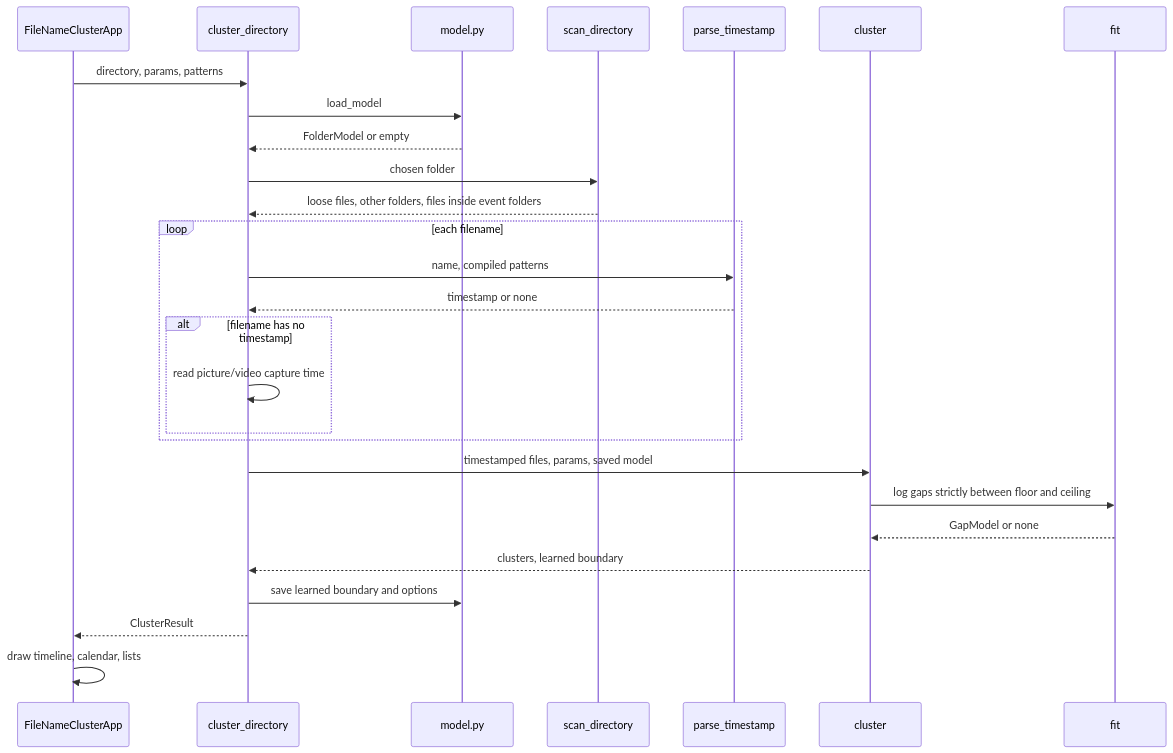
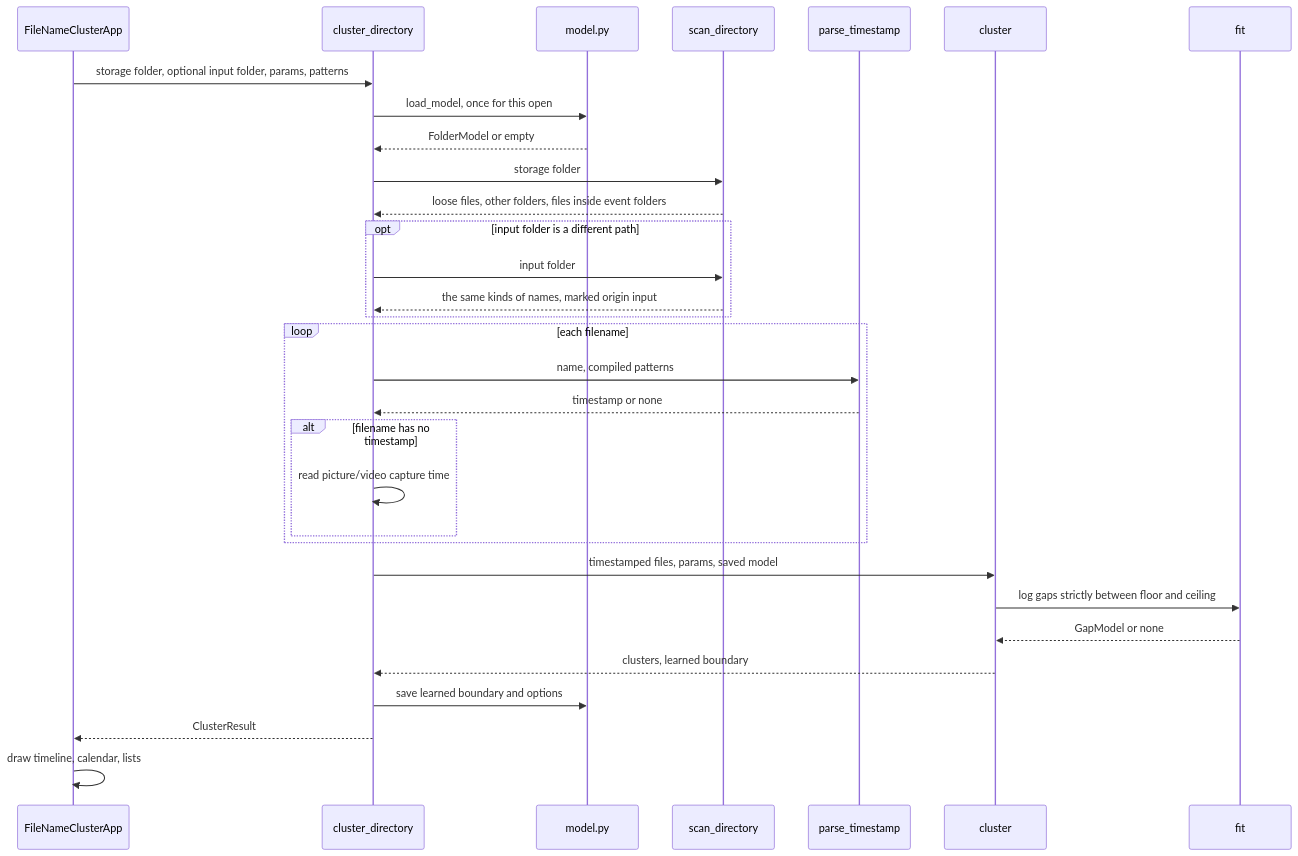
One commit to rvcgeeks/filenamecluster changed the fourth of 5 diagrams in docs/architecture.md. Above: the diagram before and after it, drawn with Mermaid. The commit also changed other lines of this file and 47 other files, not shown here.

````diff
--- a/docs/architecture.md
+++ b/docs/architecture.md
@@ -217,30 +225,34 @@
 ```mermaid
 sequenceDiagram
     participant App as FileNameClusterApp
     participant Pipe as cluster_directory
     participant Model as model.py
     participant Scan as scan_directory
     participant Parse as parse_timestamp
     participant Fit as cluster
     participant Learn as fit
 
-    App->>Pipe: directory, params, patterns
-    Pipe->>Model: load_model
+    App->>Pipe: storage folder, optional input folder, params, patterns
+    Pipe->>Model: load_model, once for this open
     Model-->>Pipe: FolderModel or empty
-    Pipe->>Scan: chosen folder
+    Pipe->>Scan: storage folder
     Scan-->>Pipe: loose files, other folders, files inside event folders
+    opt input folder is a different path
+        Pipe->>Scan: input folder
+        Scan-->>Pipe: the same kinds of names, marked origin input
+    end
     loop each filename
         Pipe->>Parse: name, compiled patterns
         Parse-->>Pipe: timestamp or none
         alt filename has no timestamp
             Pipe->>Pipe: read picture/video capture time
         end
     end
     Pipe->>Fit: timestamped files, params, saved model
     Fit->>Learn: log gaps strictly between floor and ceiling
     Learn-->>Fit: GapModel or none
     Fit-->>Pipe: clusters, learned boundary
     Pipe->>Model: save learned boundary and options
     Pipe-->>App: ClusterResult
     App->>App: draw timeline, calendar, lists
 ```
````
